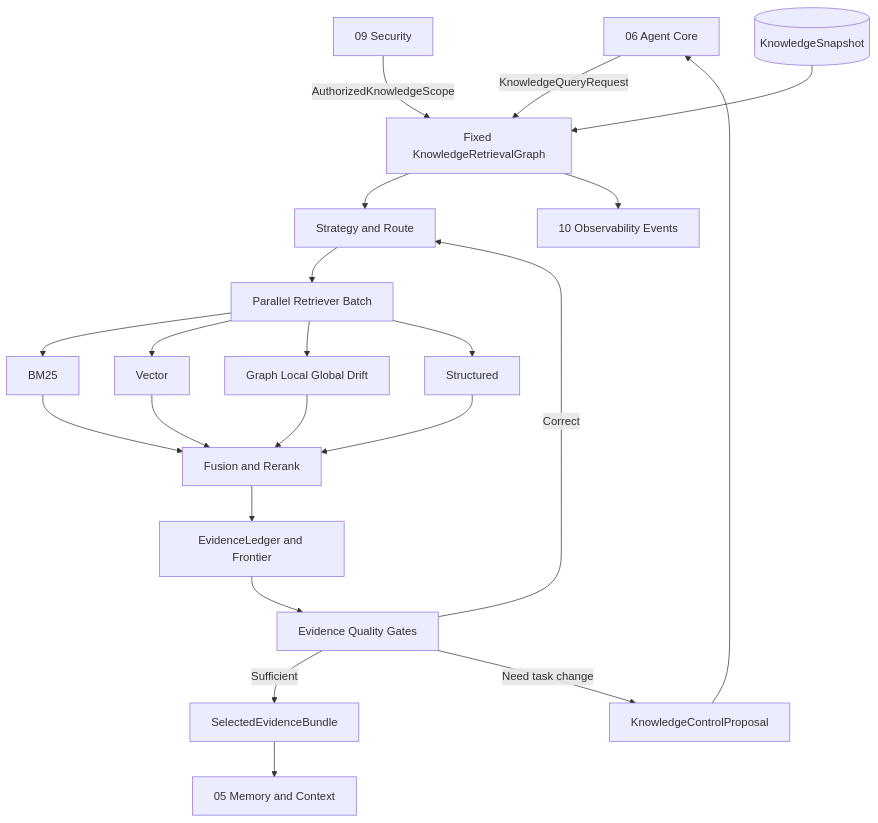
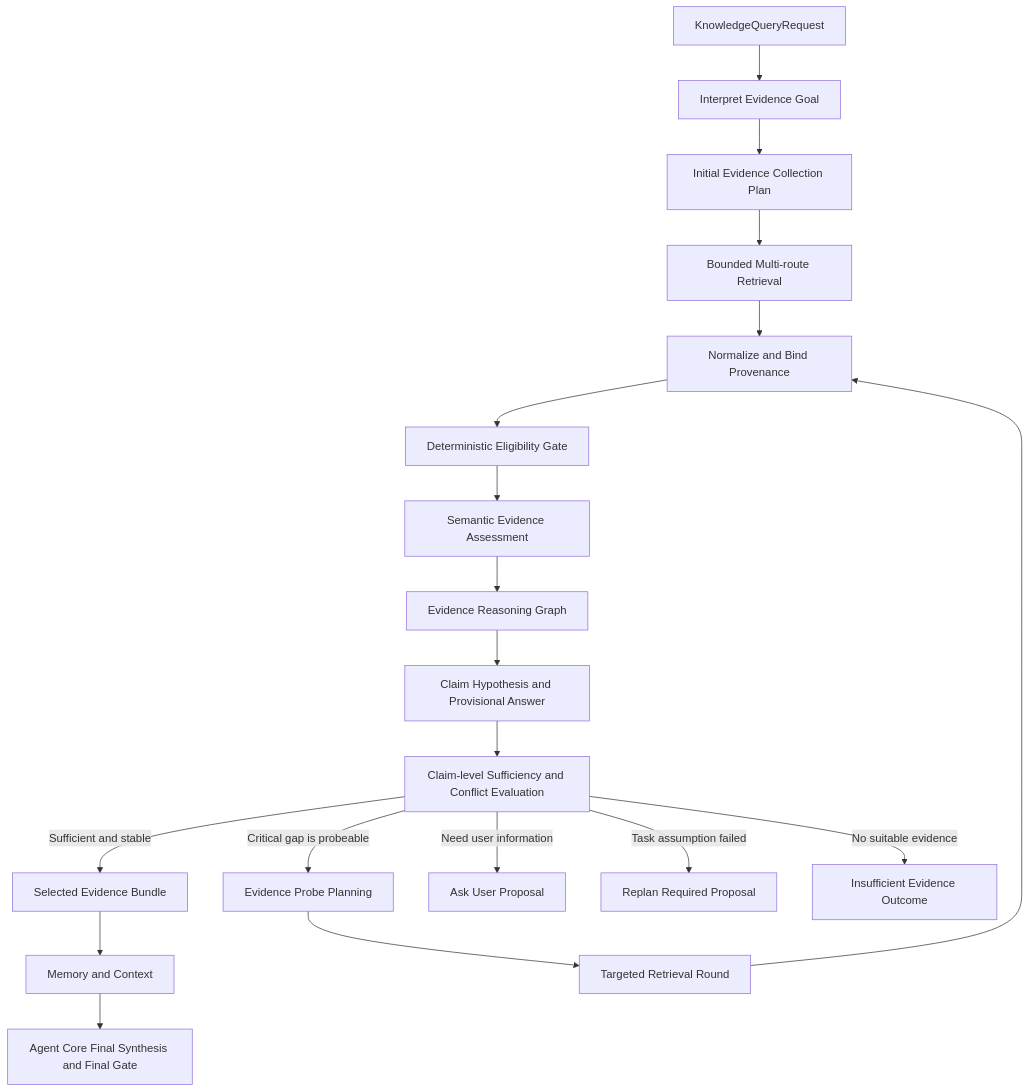
Before and after one commit to ProfessorZhi/Zuno: the first of 2 diagrams in docs/modules/03-knowledge-agentic-graphrag.md, drawn with Mermaid. The commit also changed other lines of this file, not shown here.

Commit message:
docs(module03): define evidence-driven Agentic GraphRAG target [agent=chatgpt model=gpt-5.6-thinking worker=chatgpt-architecture-v2-001]

````diff
--- a/docs/modules/03-knowledge-agentic-graphrag.md
+++ b/docs/modules/03-knowledge-agentic-graphrag.md
@@ -228,24 +238,23 @@
 ```mermaid
-flowchart TB
-  AC[06 Agent Core] -->|KnowledgeQueryRequest| KG[Fixed KnowledgeRetrievalGraph]
-  SEC[09 Security] -->|AuthorizedKnowledgeScope| KG
-  SNAP[(KnowledgeSnapshot)] --> KG
-  KG --> STRAT[Strategy and Route]
-  STRAT --> BATCH[Parallel Retriever Batch]
-  BATCH --> BM25[BM25]
-  BATCH --> VEC[Vector]
-  BATCH --> GRAPH[Graph Local Global Drift]
-  BATCH --> STRUCT[Structured]
-  BM25 --> FUSE[Fusion and Rerank]
-  VEC --> FUSE
-  GRAPH --> FUSE
-  STRUCT --> FUSE
-  FUSE --> LEDGER[EvidenceLedger and Frontier]
-  LEDGER --> GATE[Evidence Quality Gates]
-  GATE -->|Correct| STRAT
-  GATE -->|Sufficient| OUT[SelectedEvidenceBundle]
-  GATE -->|Need task change| PROP[KnowledgeControlProposal]
-  OUT --> MC[05 Memory and Context]
-  PROP --> AC
-  KG --> EVT[10 Observability Events]
+flowchart TD
+    A[KnowledgeQueryRequest] --> B[Interpret Evidence Goal]
+    B --> C[Initial Evidence Collection Plan]
+    C --> D[Bounded Multi-route Retrieval]
+    D --> E[Normalize and Bind Provenance]
+    E --> F[Deterministic Eligibility Gate]
+    F --> G[Semantic Evidence Assessment]
+    G --> H[Evidence Reasoning Graph]
+    H --> I[Claim Hypothesis and Provisional Answer]
+    I --> J[Claim-level Sufficiency and Conflict Evaluation]
+
+    J -->|Sufficient and stable| K[Selected Evidence Bundle]
+    J -->|Critical gap is probeable| L[Evidence Probe Planning]
+    J -->|Need user information| M[Ask User Proposal]
+    J -->|Task assumption failed| N[Replan Required Proposal]
+    J -->|No suitable evidence| O[Insufficient Evidence Outcome]
+
+    L --> P[Targeted Retrieval Round]
+    P --> E
+    K --> Q[Memory and Context]
+    Q --> R[Agent Core Final Synthesis and Final Gate]
 ```
````
